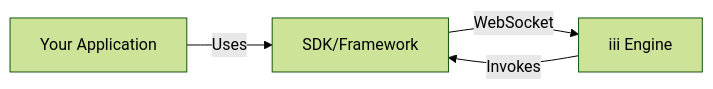
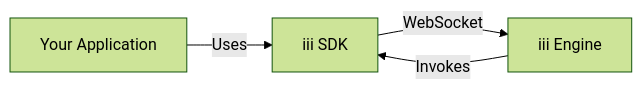
The first of 2 diagrams in content/advanced/sdk-implementation.mdx (iii-hq/docs), drawn with Mermaid (forest theme) before and after one commit. The commit also changed other lines of this file and 27 other files, not shown here.

````diff
--- a/content/advanced/sdk-implementation.mdx
+++ b/content/advanced/sdk-implementation.mdx
@@ -11,6 +11,6 @@
 ```mermaid
 graph LR
-    App[Your Application] -->|Uses| SDK[SDK/Framework]
+    App[Your Application] -->|Uses| SDK[iii SDK]
     SDK -->|WebSocket| Engine[iii Engine]
     Engine -->|Invokes| SDK
 ```
````
